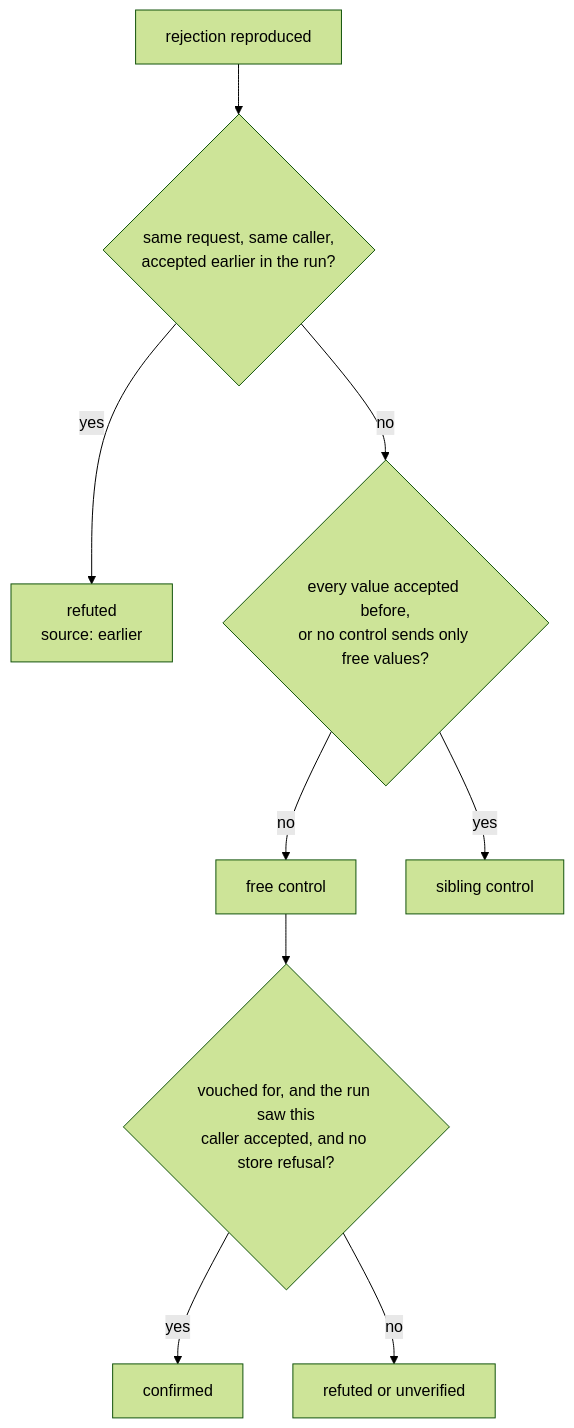
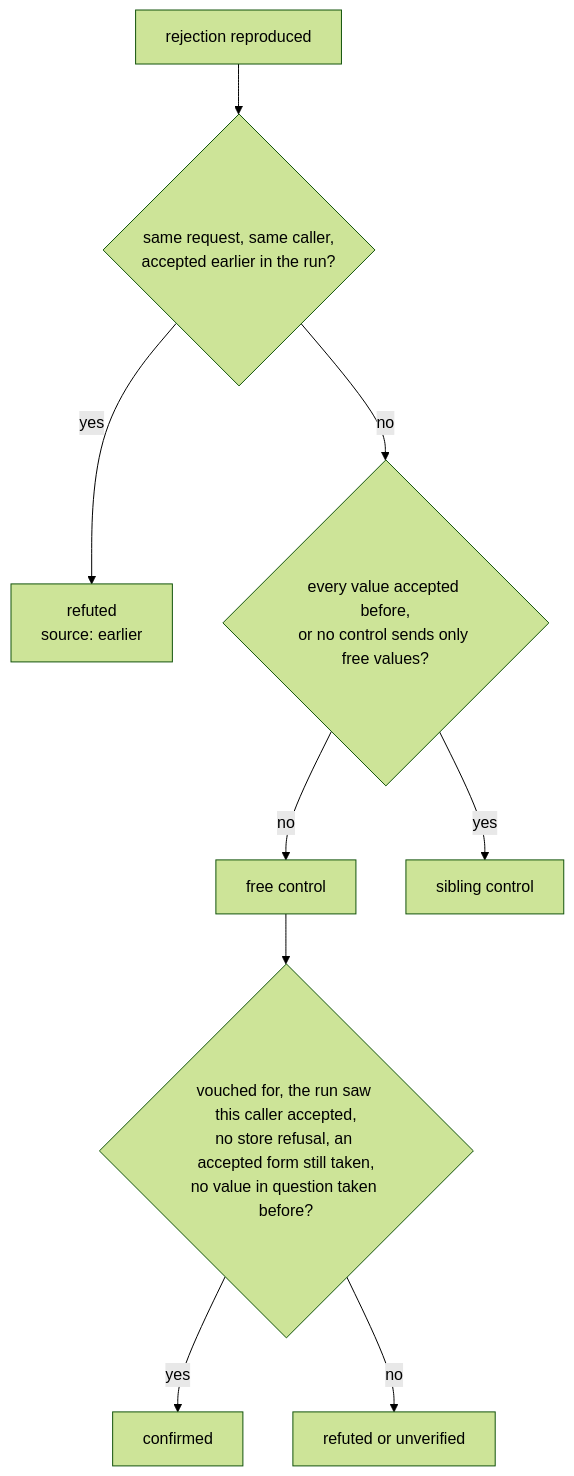
Before and after one commit to Spec-Forge-Testing/specforge-docs: the diagram in docs/modules/specforge-engine/control-requests.md, drawn with Mermaid (forest theme). The commit also changed other lines of this file and 45 other files, not shown here.

````diff
--- a/docs/modules/specforge-engine/control-requests.md
+++ b/docs/modules/specforge-engine/control-requests.md
@@ -63,11 +63,11 @@
 ```mermaid
 flowchart TD
     R[rejection reproduced] --> E{same request, same caller,<br/>accepted earlier in the run?}
     E -->|yes| X["refuted<br/>source: earlier"]
     E -->|no| A{every value accepted before,<br/>or no control sends only free values?}
     A -->|no| C[free control]
     A -->|yes| S[sibling control]
-    C --> B{vouched for, and the run saw this<br/>caller accepted, and no store refusal?}
+    C --> B{vouched for, the run saw this caller accepted,<br/>no store refusal, an accepted form still taken,<br/>no value in question taken before?}
     B -->|yes| OK[confirmed]
     B -->|no| U[refuted or unverified]
 ```
````
